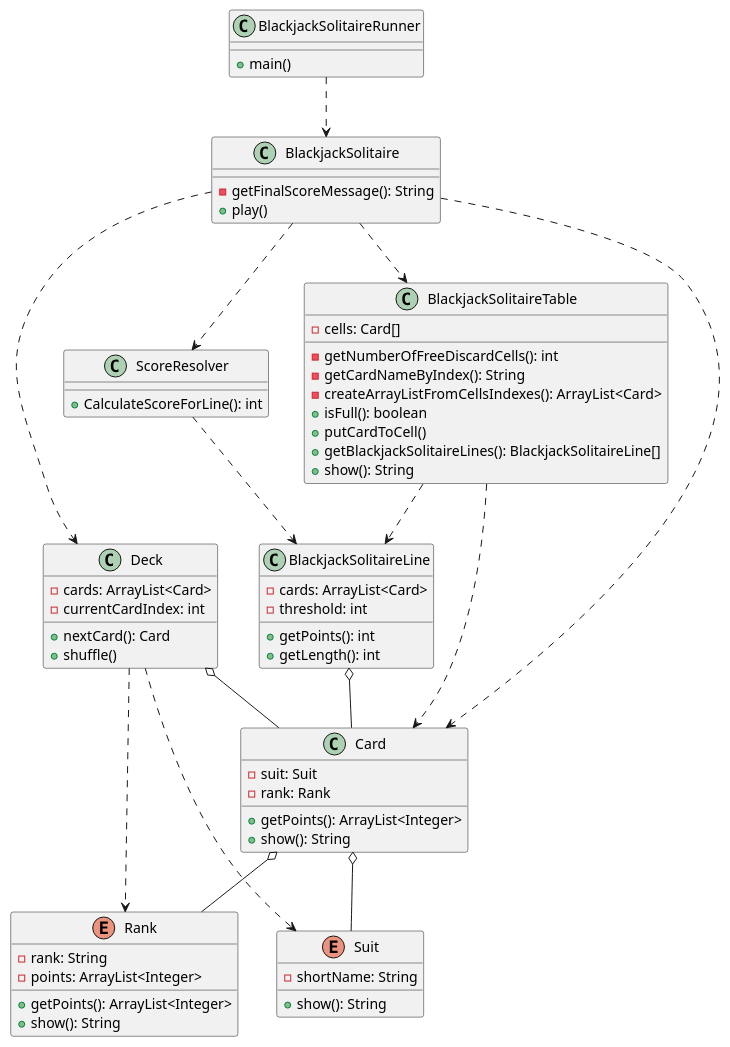
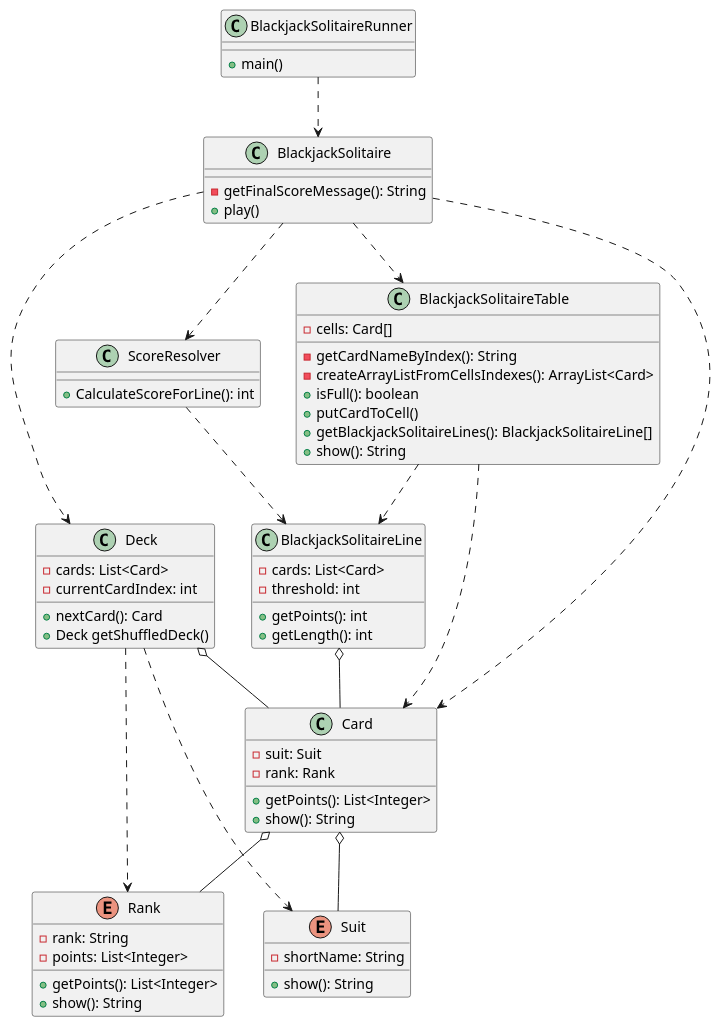
The diagram in BJS.puml (krisislis/BlackjackSolitaire), drawn with PlantUML before and after one commit.

```diff
--- a/BJS.puml
+++ b/BJS.puml
@@ -1,80 +1,79 @@
 @startuml
 
 enum Suit {
     - shortName: String
     + show(): String
 }
 
 enum Rank{
     - rank: String
-    - points: ArrayList<Integer>
-    + getPoints(): ArrayList<Integer>
+    - points: List<Integer>
+    + getPoints(): List<Integer>
     + show(): String
 }
 
 class Card {
     - suit: Suit
     - rank: Rank
-    + getPoints(): ArrayList<Integer>
+    + getPoints(): List<Integer>
     + show(): String
 }
 
 Card o-- Suit
 Card o-- Rank
 
 class Deck {
-    - cards: ArrayList<Card>
+    - cards: List<Card>
     - currentCardIndex: int
     + nextCard(): Card
-    + shuffle()
+    + Deck getShuffledDeck()
 }
 
 class BlackjackSolitaireLine {
-    - cards: ArrayList<Card>
+    - cards: List<Card>
     - threshold: int
     + getPoints(): int
     + getLength(): int
 }
 
 class BlackjackSolitaireTable {
     - cells: Card[]
-    - getNumberOfFreeDiscardCells(): int
     - getCardNameByIndex(): String
     - createArrayListFromCellsIndexes(): ArrayList<Card>
     + isFull(): boolean
     + putCardToCell()
     + getBlackjackSolitaireLines(): BlackjackSolitaireLine[]
     + show(): String
 }
 
 class ScoreResolver {
     + CalculateScoreForLine(): int
 }
 
 class BlackjackSolitaire {
     - getFinalScoreMessage(): String
     + play()
 }
 
 class BlackjackSolitaireRunner{
     + main()
 }
 
 BlackjackSolitaireRunner ..> BlackjackSolitaire
 
 BlackjackSolitaireTable ..> BlackjackSolitaireLine
 BlackjackSolitaireTable ..> Card
 
 BlackjackSolitaire ..> ScoreResolver
 BlackjackSolitaire ..> BlackjackSolitaireTable
 BlackjackSolitaire ..> Deck
 BlackjackSolitaire ..> Card
 
 ScoreResolver ..> BlackjackSolitaireLine
 
 BlackjackSolitaireLine o-- Card
 
 Deck o-- Card
 Deck ..> Suit
 Deck ..> Rank
 @enduml
```
